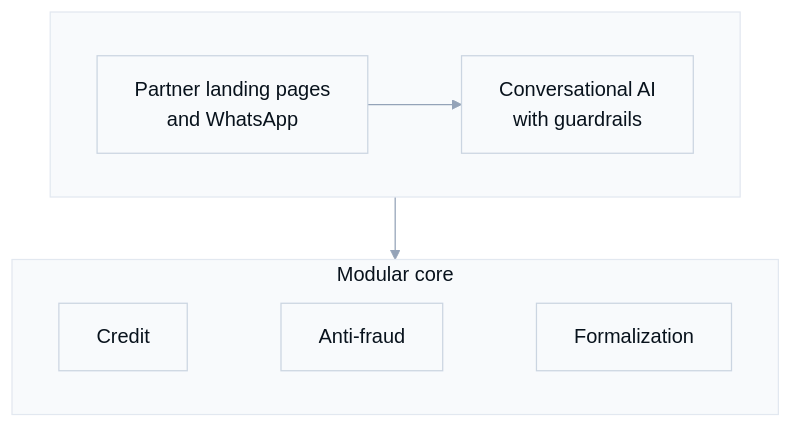
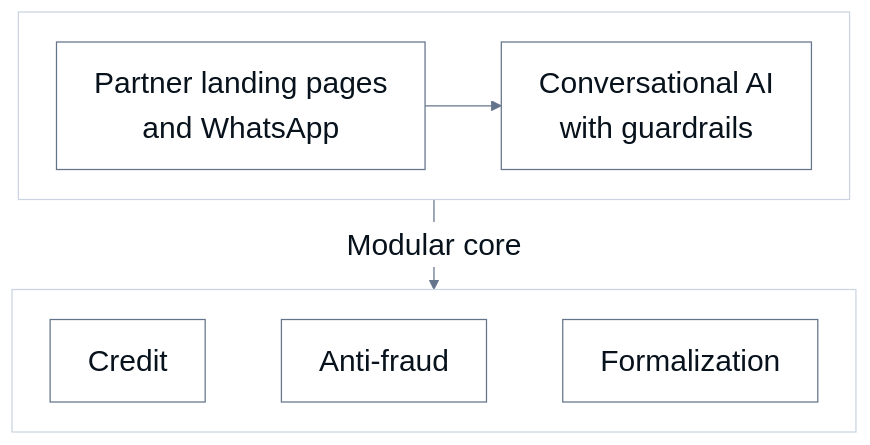
Before and after one commit to gmartins-dev/portfolio-v4: the diagram in scripts/diagrams/ai-first-online-banking-teaser.mmd, drawn with Mermaid. The commit also changed 8 other files, not shown here.

First line of the commit message:
fix(work): make the diagram teasers legible on the dark page

```diff
--- a/scripts/diagrams/ai-first-online-banking-teaser.mmd
+++ b/scripts/diagrams/ai-first-online-banking-teaser.mmd
@@ -1,22 +1,27 @@
-%%{init: {'theme': 'base', 'themeVariables': {
+%%{init: {'theme': 'base', 'flowchart': {'nodeSpacing': 28, 'rankSpacing': 36, 'wrappingWidth': 320}, 'themeVariables': {
+  'fontSize': '24px',
   'primaryColor': '#e8f5fa', 'primaryTextColor': '#08121c',
-  'primaryBorderColor': '#0b6e8f', 'lineColor': '#94a3b8',
+  'primaryBorderColor': '#0b6e8f', 'lineColor': '#64748b',
   'secondaryColor': '#ecfdf5', 'tertiaryColor': '#f1f5f9',
-  'background': '#ffffff', 'mainBkg': '#f8fafc',
-  'nodeBorder': '#cbd5e1', 'clusterBkg': '#f8fafc',
-  'clusterBorder': '#e2e8f0', 'titleColor': '#08121c',
-  'edgeLabelBackground': '#ffffff', 'textColor': '#3f566b'
+  'background': '#ffffff', 'mainBkg': '#ffffff',
+  'nodeBorder': '#64748b', 'clusterBkg': '#ffffff',
+  'clusterBorder': '#cbd5e1', 'titleColor': '#08121c',
+  'edgeLabelBackground': '#ffffff', 'textColor': '#08121c'
 }}}%%
+%% Teasers show at ~480 css px after inversion on the dark page: larger text,
+%% darker node borders and unfilled groups keep them legible there.
 %% Teaser for the home and /cases: the same flow as the full diagram
 %% (ai-first-online-banking.mmd) with the channels and core collapsed, so it
 %% stays legible in a small 16:10 frame.
 flowchart TB
   subgraph front [" "]
     direction LR
-    channels[Partner landing pages<br/>and WhatsApp] --> ai[Conversational AI<br/>with guardrails]
+    channels["Partner landing pages<br/>and WhatsApp"] --> ai[Conversational AI<br/>with guardrails]
   end
-  subgraph core [Modular core]
+  %% The group title would overlap its nodes at this font size; the edge
+  %% label names it instead.
+  subgraph core [" "]
     direction LR
     credit[Credit] ~~~ fraud[Anti-fraud] ~~~ formalization[Formalization]
   end
-  front --> core
+  front -->|Modular core| core
```
